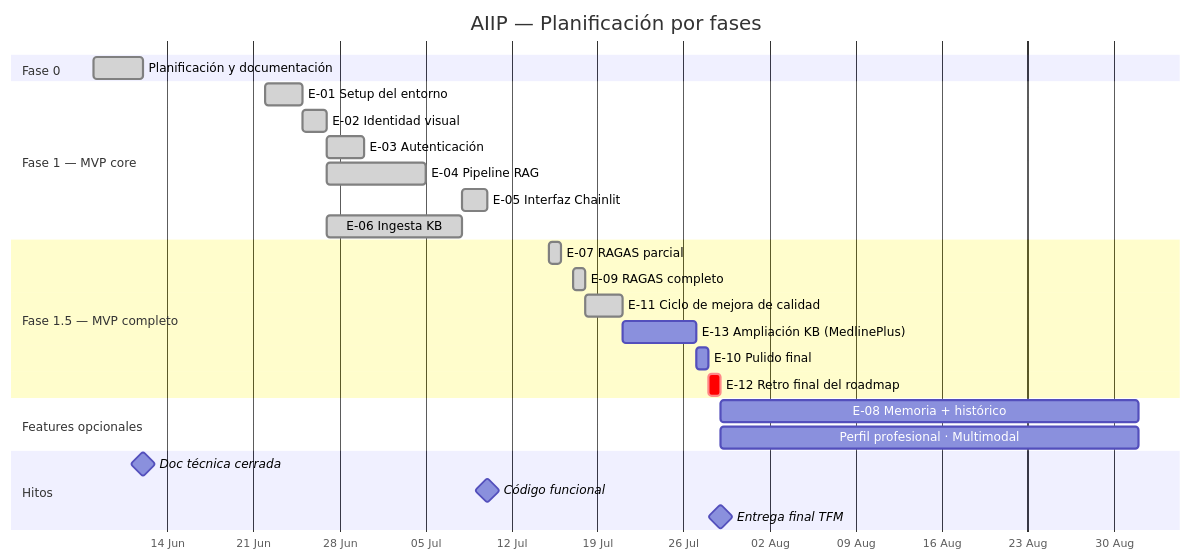
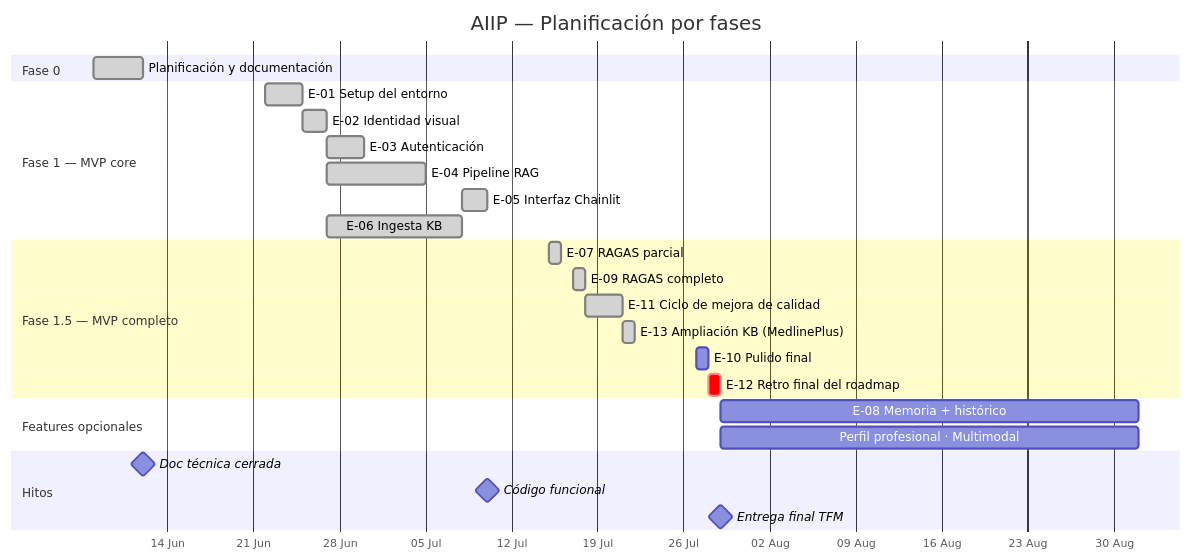
Before and after one commit to mimpho/aiip: the diagram in README.md, drawn with Mermaid. The commit also changed other lines of this file and 35 other files, not shown here.

````diff
--- a/README.md
+++ b/README.md
@@ -68,34 +68,34 @@
 ```mermaid
 gantt
     title AIIP — Planificación por fases
     dateFormat  YYYY-MM-DD
     axisFormat  %d %b
 
     section Fase 0
     Planificación y documentación     :done,    f0, 2026-06-08, 2026-06-12
 
     section Fase 1 — MVP core
     E-01 Setup del entorno            :done,    e01, 2026-06-22, 2026-06-25
     E-02 Identidad visual             :done,    e02, 2026-06-25, 2026-06-27
     E-03 Autenticación                :done,    e03, 2026-06-27, 2026-06-30
     E-04 Pipeline RAG                 :done,    e04, 2026-06-27, 2026-07-05
     E-05 Interfaz Chainlit            :done,    e05, 2026-07-08, 2026-07-10
     E-06 Ingesta KB                   :done,    e06, 2026-06-27, 2026-07-08
 
     section Fase 1.5 — MVP completo
     E-07 RAGAS parcial                :done,    e07, 2026-07-15, 2026-07-16
     E-09 RAGAS completo                :done,    e09, 2026-07-17, 2026-07-18
     E-11 Ciclo de mejora de calidad   :done,    e11, 2026-07-18, 2026-07-21
-    E-13 Ampliación KB (MedlinePlus)  :         e13, 2026-07-21, 2026-07-27
+    E-13 Ampliación KB (MedlinePlus)  :done,    e13, 2026-07-21, 2026-07-22
     E-10 Pulido final                 :         e10, 2026-07-27, 2026-07-28
     E-12 Retro final del roadmap      :crit,    e12, 2026-07-28, 2026-07-29
 
     section Features opcionales
     E-08 Memoria + histórico          :         e08, 2026-07-29, 2026-09-01
     Perfil profesional · Multimodal   :         fo, 2026-07-29, 2026-09-01
 
     section Hitos
     Doc técnica cerrada               :milestone, 2026-06-12, 0d
     Código funcional                  :milestone, 2026-07-10, 0d
     Entrega final TFM                 :milestone, 2026-07-29, 0d
 ```
````
